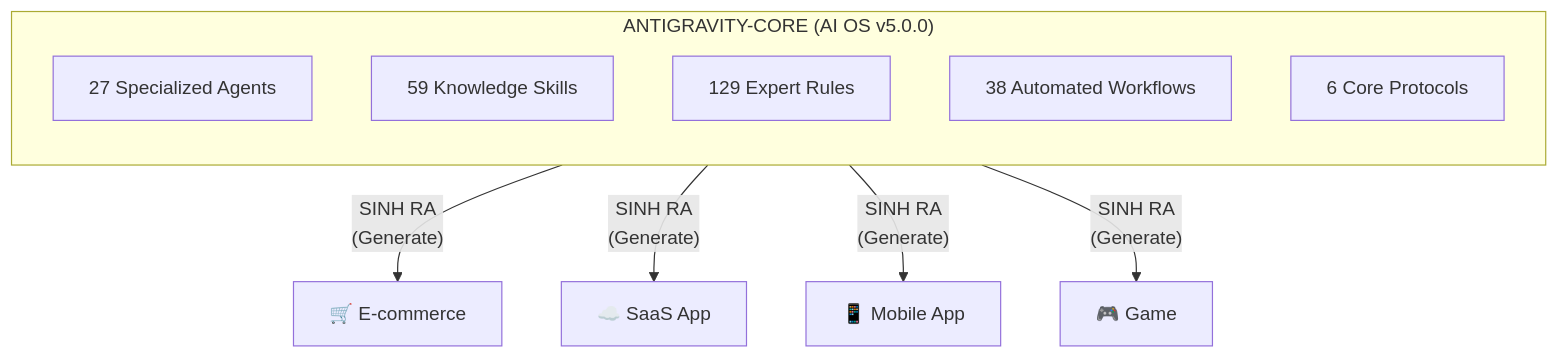
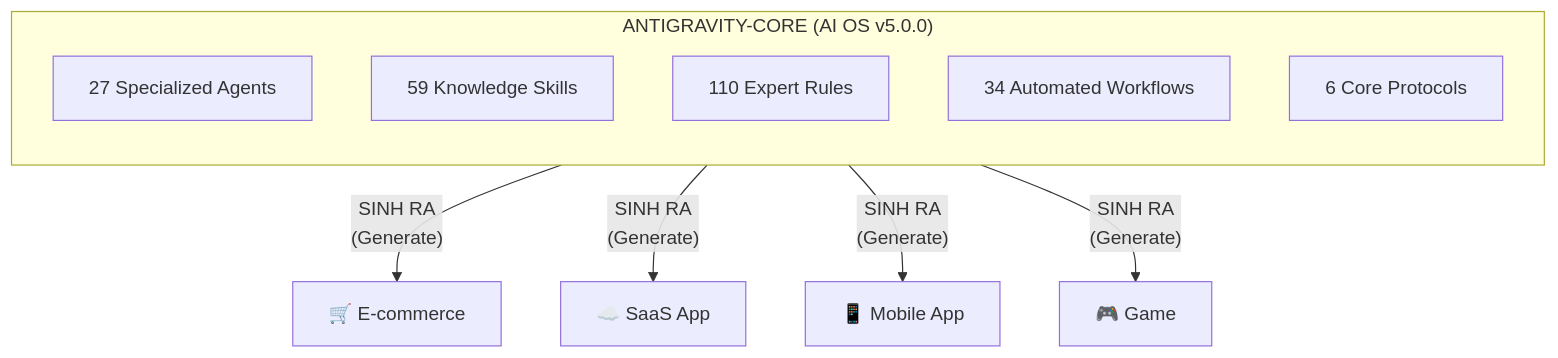
The first of 2 diagrams in README.md (tuyenht/Antigravity-Core), drawn with Mermaid before and after one commit. The commit also changed other lines of this file and 18 other files, not shown here.

````diff
--- a/README.md
+++ b/README.md
@@ -21,16 +21,16 @@
 ```mermaid
 graph TB
     subgraph OS["ANTIGRAVITY-CORE (AI OS v5.0.0)"]
         direction TB
         A["27 Specialized Agents"]
         B["59 Knowledge Skills"]
-        C["129 Expert Rules"]
-        D["38 Automated Workflows"]
+        C["110 Expert Rules"]
+        D["34 Automated Workflows"]
         E["6 Core Protocols"]
     end
 
     OS -->|"SINH RA<br/>(Generate)"| P1["🛒 E-commerce"]
     OS -->|"SINH RA<br/>(Generate)"| P2["☁️ SaaS App"]
     OS -->|"SINH RA<br/>(Generate)"| P3["📱 Mobile App"]
     OS -->|"SINH RA<br/>(Generate)"| P4["🎮 Game"]
 ```
````
